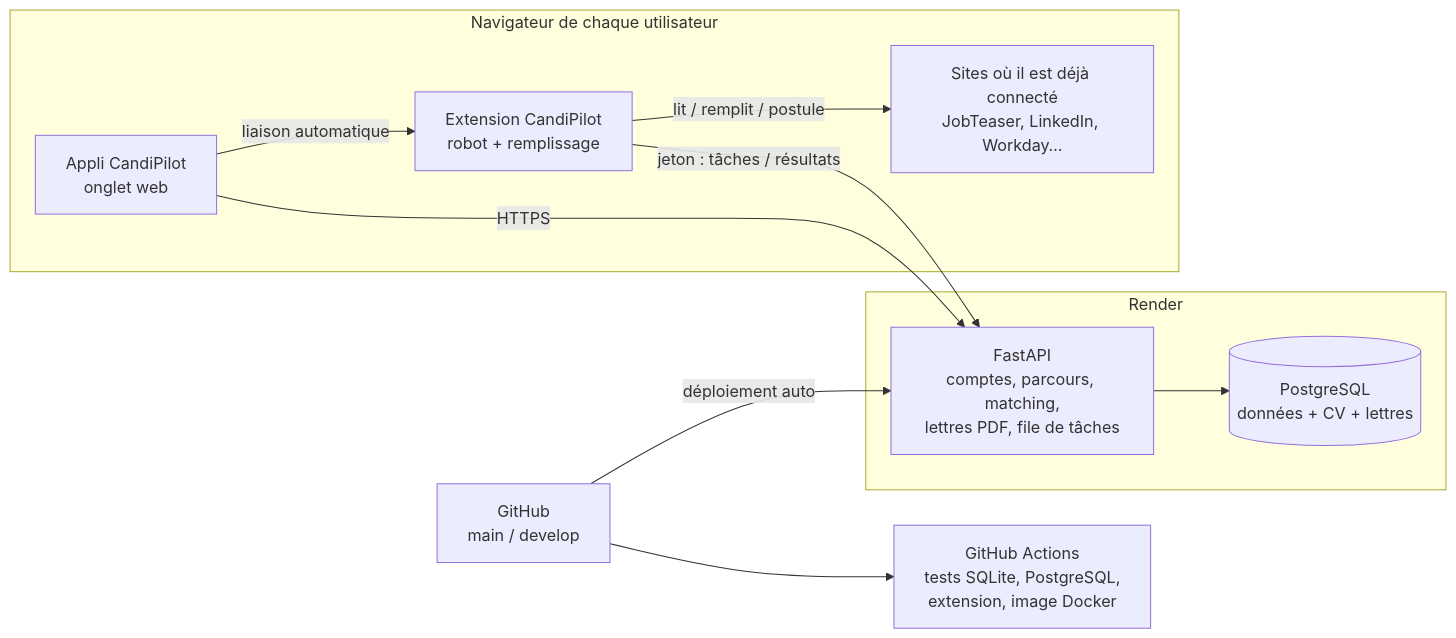
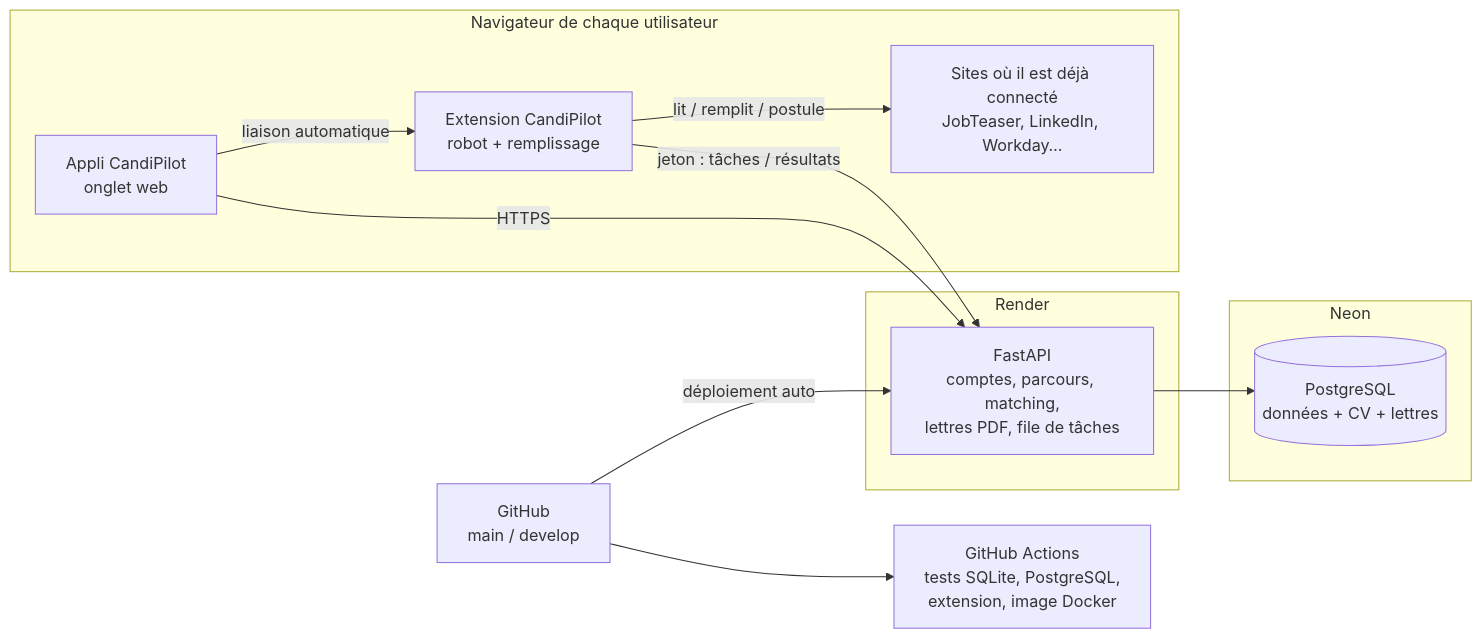
One commit to sodara-cpu/CandiPilot changed the diagram in docs/DEPLOIEMENT.md. Above: the diagram before and after it, drawn with Mermaid. The commit also changed other lines of this file and 2 other files, not shown here.

Commit message:
Déploiement gratuit : site Render + base Neon (région Francfort, compatible pooler)

````diff
--- a/docs/DEPLOIEMENT.md
+++ b/docs/DEPLOIEMENT.md
@@ -11,19 +11,21 @@
 ```mermaid
 flowchart LR
   subgraph U[Navigateur de chaque utilisateur]
     W[Appli CandiPilot<br/>onglet web]
     X[Extension CandiPilot<br/>robot + remplissage]
     S[Sites où il est déjà connecté<br/>JobTeaser, LinkedIn, Workday…]
     W -- liaison automatique --> X
     X -- lit / remplit / postule --> S
   end
   subgraph R[Render]
     API[FastAPI<br/>comptes, parcours, matching,<br/>lettres PDF, file de tâches]
+  end
+  subgraph N[Neon]
     DB[(PostgreSQL<br/>données + CV + lettres)]
-    API --> DB
   end
+  API --> DB
   W -- HTTPS --> API
   X -- jeton : tâches / résultats --> API
   GH[GitHub<br/>main / develop] -- déploiement auto --> API
   GH --> CI[GitHub Actions<br/>tests SQLite, PostgreSQL,<br/>extension, image Docker]
 ```
````
